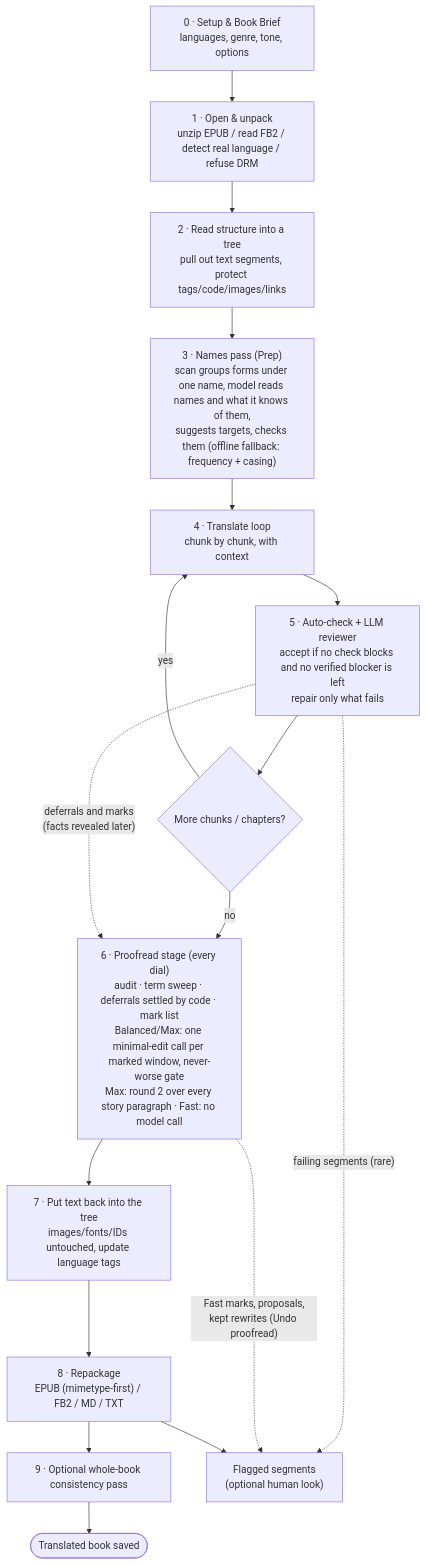
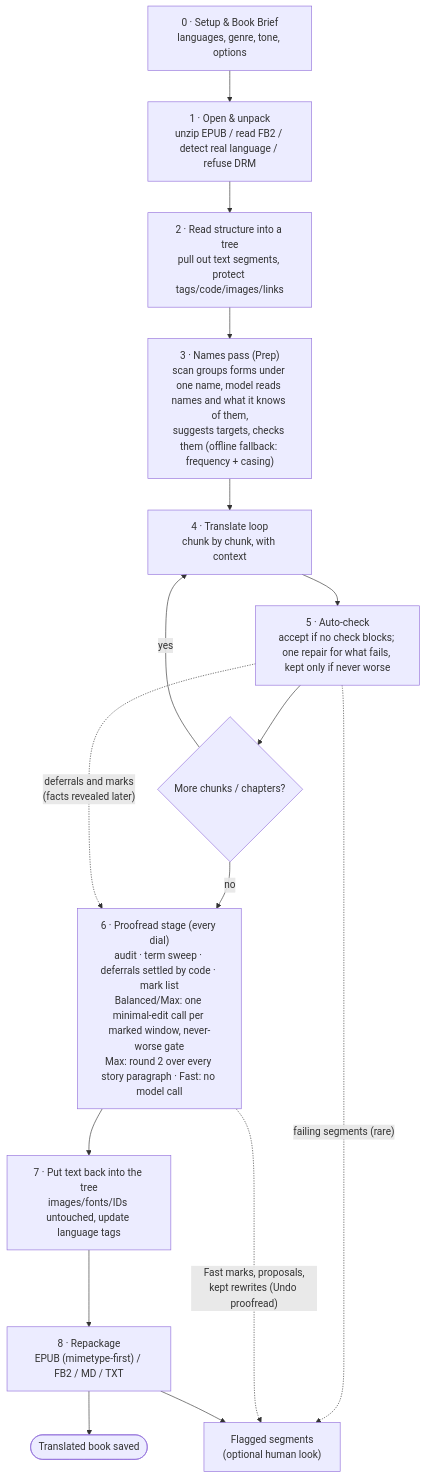
Before and after one commit to sanyokkua/book_loom: the diagram in docs/specification/diagrams/pipeline.mermaid, drawn with Mermaid. The commit also changed 40 other files, not shown here.

Commit message:
docs: group 14 step 14.9 - ADR-0046 accepted, ADR-0007/0038 superseded, ADR-0012/0035/0036 amended; the specification, mockups, rules, Architecture, AGENTS.md and DEVELOPMENT describe three stages, one repair, the never-worse gate and an export with no model call

```diff
--- a/docs/specification/diagrams/pipeline.mermaid
+++ b/docs/specification/diagrams/pipeline.mermaid
@@ -1,18 +1,17 @@
 flowchart TD
     S0["0 · Setup & Book Brief<br/>languages, genre, tone, options"] --> S1
     S1["1 · Open & unpack<br/>unzip EPUB / read FB2 / detect real language / refuse DRM"] --> S2
     S2["2 · Read structure into a tree<br/>pull out text segments, protect tags/code/images/links"] --> S3
     S3["3 · Names pass (Prep)<br/>scan groups forms under one name, model reads names and what it knows of them,<br/>suggests targets, checks them (offline fallback: frequency + casing)"] --> S4
     S4["4 · Translate loop<br/>chunk by chunk, with context"] --> S5
-    S5["5 · Auto-check + LLM reviewer<br/>accept if no check blocks and no verified blocker is left<br/>repair only what fails"] --> S6
+    S5["5 · Auto-check<br/>accept if no check blocks; one repair for what fails, kept only if never worse"] --> S6
     S6{"More chunks / chapters?"}
     S6 -- yes --> S4
     S6 -- no --> PR["6 · Proofread stage (every dial)<br/>audit · term sweep · deferrals settled by code · mark list<br/>Balanced/Max: one minimal-edit call per marked window, never-worse gate<br/>Max: round 2 over every story paragraph · Fast: no model call"]
     PR --> S7["7 · Put text back into the tree<br/>images/fonts/IDs untouched, update language tags"]
     S7 --> S8["8 · Repackage<br/>EPUB (mimetype-first) / FB2 / MD / TXT"]
-    S8 --> S9["9 · Optional whole-book consistency pass"]
-    S9 --> DONE(["Translated book saved"])
+    S8 --> DONE(["Translated book saved"])
     S5 -. " failing segments (rare) " .-> Q["Flagged segments<br/>(optional human look)"]
     S5 -. " deferrals and marks<br/>(facts revealed later) " .-> PR
     PR -. " Fast marks, proposals,<br/>kept rewrites (Undo proofread) " .-> Q
     S8 --> Q
```
